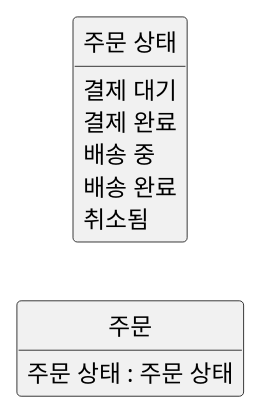
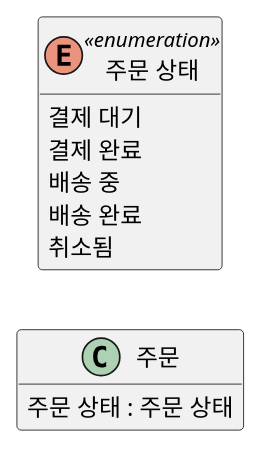
Before and after one commit to YoungSan77/TrainingMaterials: the second of 30 diagrams in courses/ooad/sessions/s03.md, drawn with PlantUML. The commit also changed other lines of this file and 44 other files, not shown here.

````diff
--- a/courses/ooad/sessions/s03.md
+++ b/courses/ooad/sessions/s03.md
@@ -179,17 +252,16 @@
 ```plantuml:class
 @startuml
-hide circle
 hide empty methods
 left to right direction
 class "주문" as Order {
   주문 상태 : 주문 상태
 }
-enum "주문 상태" as OrderStatus {
+enum "주문 상태" as OrderStatus <<enumeration>> {
   결제 대기
   결제 완료
   배송 중
   배송 완료
   취소됨
 }
 @enduml
 ```
````
